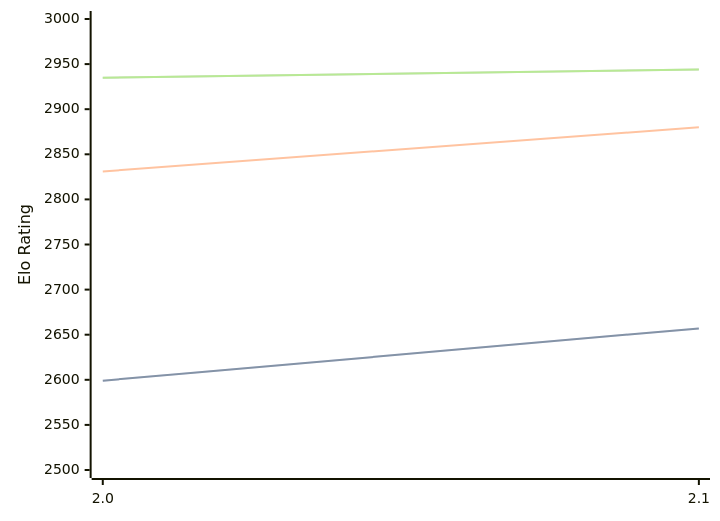
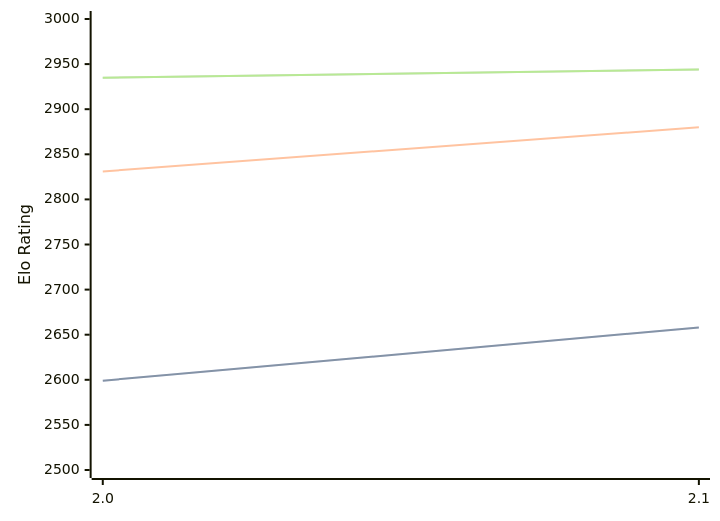
The diagram in engines/Noggin.md (computer-chess-index/cci), drawn with Mermaid before and after one commit. The commit also changed other lines of this file, not shown here.

````diff
--- a/engines/Noggin.md
+++ b/engines/Noggin.md
@@ -33,11 +33,11 @@
 ```mermaid
 %%{init: {"theme":"base","themeVariables":{"seriesColors:['#a3a3a3','#222221','#faa371']}}}%%
 xychart-beta
   x-axis ["2.0", "2.1"]
   y-axis "Elo Rating" 2500 --> 3000
-  line "" [2599, 2657]
-  line "STC (8.0+0.08s)" [2599, 2657]
+  line "" [2599, 2658]
+  line "STC (8.0+0.08s)" [2599, 2658]
   line "LTC (60.0+0.60s)" [2831, 2880]
   line "" [2935, 2944]
   line "VLTC (2m24s+1.12s)" [2935, 2944]
 ```
````
